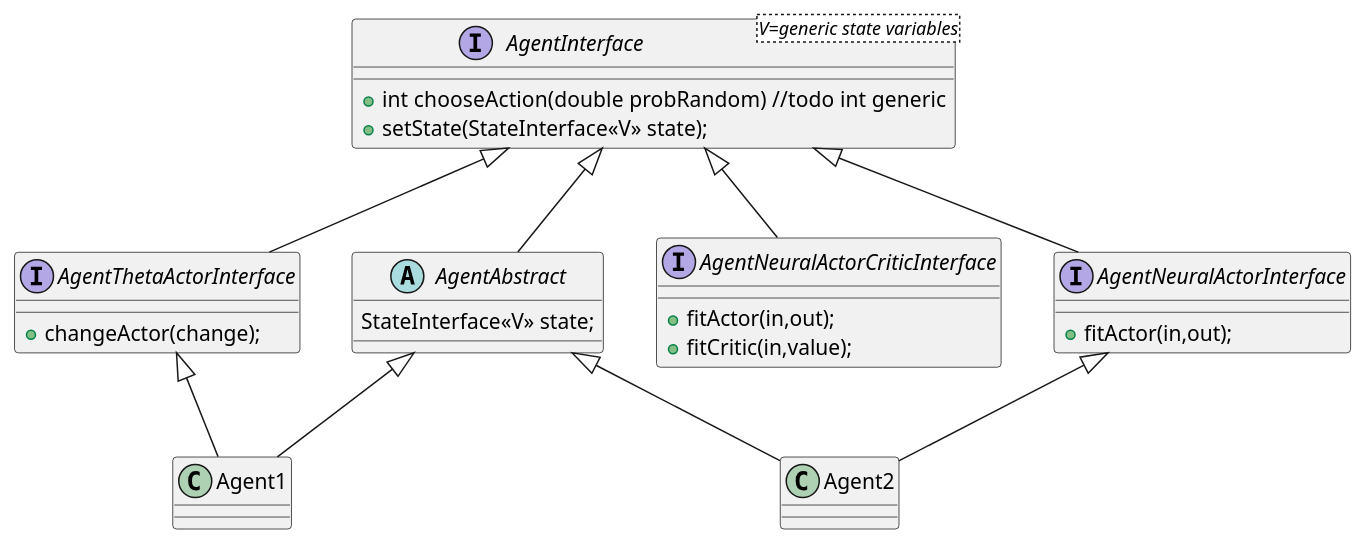
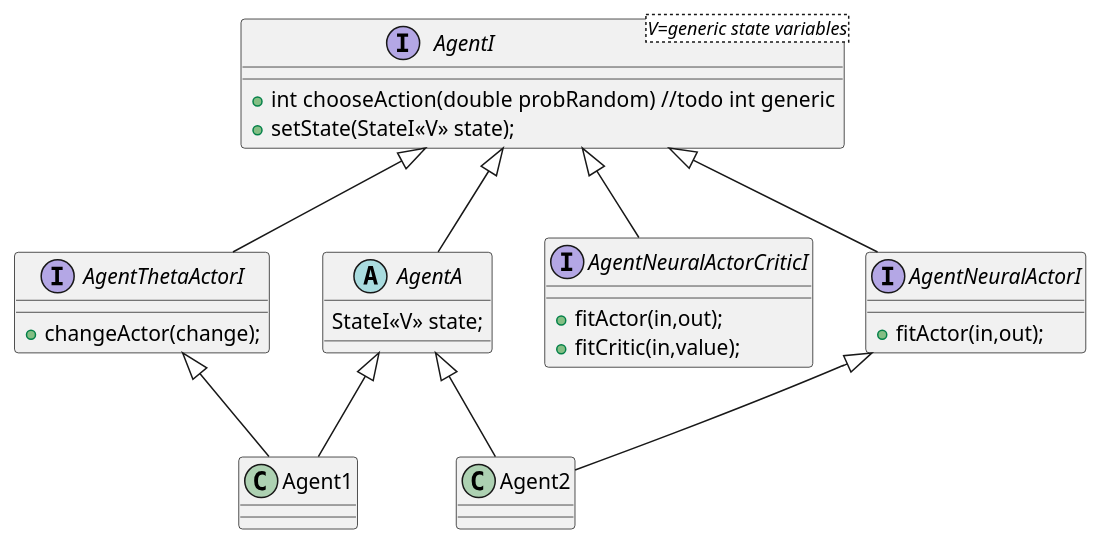
Before and after one commit to JonasHellgren/MachineLearning: the diagram in src/main/java/policy_gradient_problems/class_diagrams/agent.puml, drawn with PlantUML. The commit also changed 21 other files, not shown here.

Commit message:
namnbyte  Interface -> I Abstract -> A

```diff
--- a/src/main/java/policy_gradient_problems/class_diagrams/agent.puml
+++ b/src/main/java/policy_gradient_problems/class_diagrams/agent.puml
@@ -1,37 +1,37 @@
 @startuml
 'https://plantuml.com/class-diagram
 
-interface AgentInterface<V=generic state variables> {
+interface AgentI<V=generic state variables> {
 + int chooseAction(double probRandom)  //todo int generic
-+ setState(StateInterface<<V>> state);
-'/ + double readValue(StateInterface<<V>> state);  //todo needed?
++ setState(StateI<<V>> state);
+'/ + double readValue(StateI<<V>> state);  //todo needed?
 }
 
-interface AgentThetaActorInterface {
+interface AgentThetaActorI {
 + changeActor(change);
 }
 
-interface AgentNeuralActorInterface {
+interface AgentNeuralActorI {
 + fitActor(in,out);
 }
 
-interface AgentNeuralActorCriticInterface {
+interface AgentNeuralActorCriticI {
 + fitActor(in,out);
 + fitCritic(in,value);
 }
 
-abstract class AgentAbstract {
-'/    EnvironmentInterface<<V>> environment;
-    StateInterface<<V>> state;
+abstract class AgentA {
+'/    EnvironmentI<<V>> environment;
+    StateI<<V>> state;
 }
 
-AgentInterface <|-- AgentAbstract
-AgentInterface <|-- AgentThetaActorInterface
-AgentInterface <|-- AgentNeuralActorInterface
-AgentInterface <|-- AgentNeuralActorCriticInterface
-AgentAbstract  <|-- Agent1
-AgentAbstract  <|-- Agent2
-AgentThetaActorInterface  <|-- Agent1
-AgentNeuralActorInterface  <|-- Agent2
+AgentI <|-- AgentA
+AgentI <|-- AgentThetaActorI
+AgentI <|-- AgentNeuralActorI
+AgentI <|-- AgentNeuralActorCriticI
+AgentA  <|-- Agent1
+AgentA  <|-- Agent2
+AgentThetaActorI  <|-- Agent1
+AgentNeuralActorI  <|-- Agent2
 
 @enduml
```
